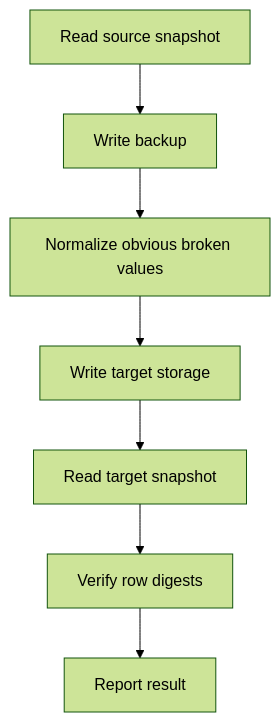
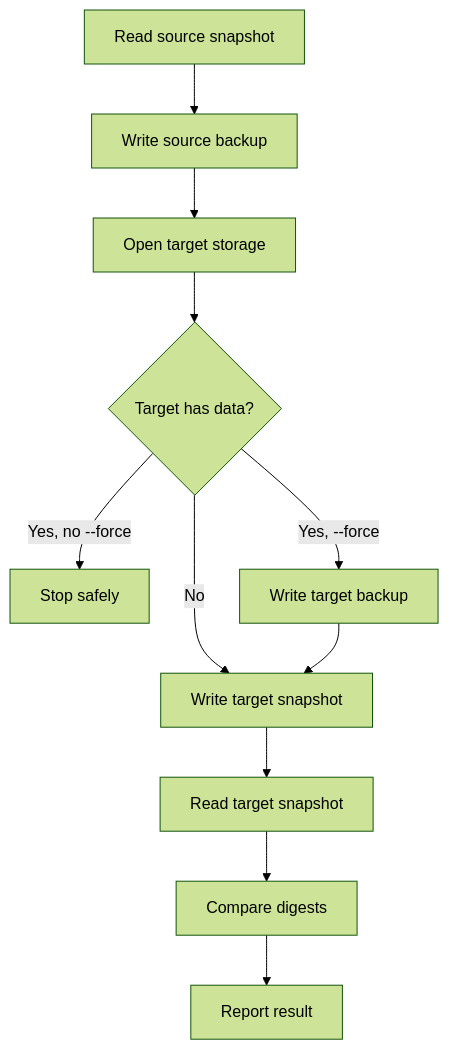
The diagram in docs/wiki/Storage-Migration-And-Backups.md (Riqqqque/RuinedWardrobe), drawn with Mermaid (forest theme) before and after one commit. The commit also changed other lines of this file and 12 other files, not shown here.

````diff
--- a/docs/wiki/Storage-Migration-And-Backups.md
+++ b/docs/wiki/Storage-Migration-And-Backups.md
@@ -59,9 +71,13 @@
 ```mermaid
 flowchart TD
-    A["Read source snapshot"] --> B["Write backup"]
-    B --> C["Normalize obvious broken values"]
-    C --> D["Write target storage"]
-    D --> E["Read target snapshot"]
-    E --> F["Verify row digests"]
-    F --> G["Report result"]
+    A["Read source snapshot"] --> B["Write source backup"]
+    B --> C["Open target storage"]
+    C --> D{"Target has data?"}
+    D -->|No| F["Write target snapshot"]
+    D -->|Yes, no --force| E["Stop safely"]
+    D -->|Yes, --force| G["Write target backup"]
+    G --> F
+    F --> H["Read target snapshot"]
+    H --> I["Compare digests"]
+    I --> J["Report result"]
 ```
````
